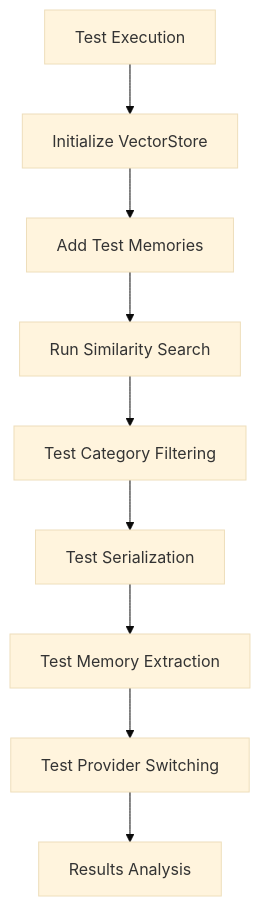
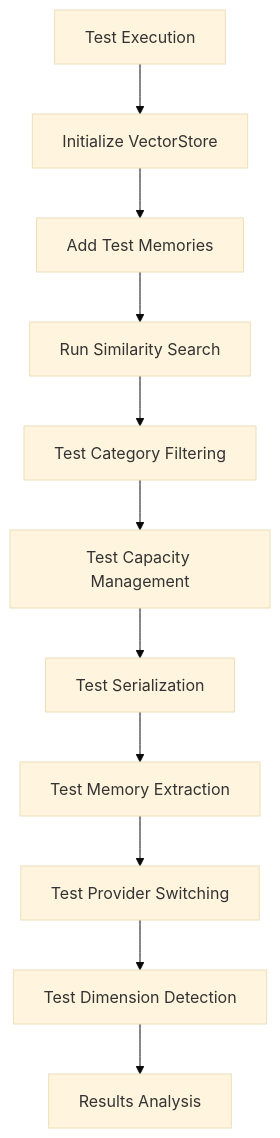
One commit to liwonder/NARRITIVE_OS changed the eighth of 8 diagrams in .qoder/repowiki/en/content/Memory Management System/Vector Store Class.md. Above: the diagram before and after it, drawn with Mermaid (base theme). The commit also changed other lines of this file and 14 other files, not shown here.

````diff
--- a/.qoder/repowiki/en/content/Memory Management System/Vector Store Class.md
+++ b/.qoder/repowiki/en/content/Memory Management System/Vector Store Class.md
@@ -403,11 +436,13 @@
 ```mermaid
 flowchart TD
 TestStart[Test Execution] --> InitVector["Initialize VectorStore"]
 InitVector --> AddMemories["Add Test Memories"]
 AddMemories --> SearchTest["Run Similarity Search"]
 SearchTest --> CategoryTest["Test Category Filtering"]
-CategoryTest --> SerializeTest["Test Serialization"]
+CategoryTest --> CapacityTest["Test Capacity Management"]
+CapacityTest --> SerializeTest["Test Serialization"]
 SerializeTest --> ExtractTest["Test Memory Extraction"]
 ExtractTest --> ProviderTest["Test Provider Switching"]
-ProviderTest --> Results[Results Analysis]
+ProviderTest --> DimensionTest["Test Dimension Detection"]
+DimensionTest --> Results[Results Analysis]
 ```
````
